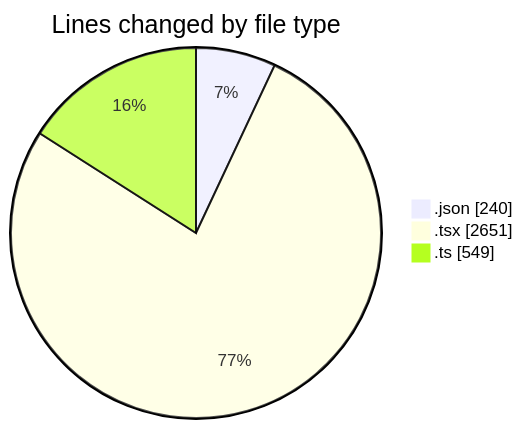
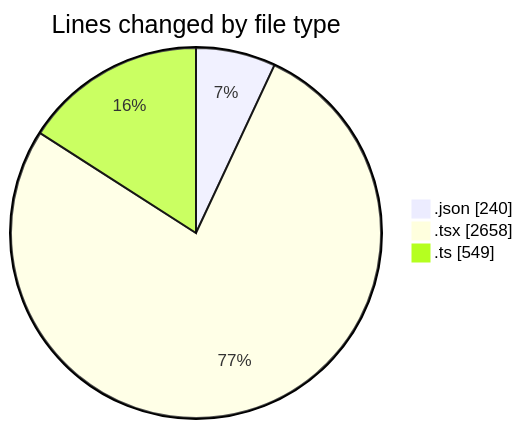
One commit to julien-gomy/code-tracking changed the first of 2 diagrams in 2025-11-17/eventscop-frontend-guide__workspace_/README.md. Above: the diagram before and after it, drawn with Mermaid. The commit also changed other lines of this file and 1 other file, not shown here.

````diff
--- a/2025-11-17/eventscop-frontend-guide__workspace_/README.md
+++ b/2025-11-17/eventscop-frontend-guide__workspace_/README.md
@@ -37,7 +37,7 @@
 ```mermaid
 pie showData
 title Lines changed by file type
 ".json" : 240
-".tsx" : 2651
+".tsx" : 2658
 ".ts" : 549
 ```
````
